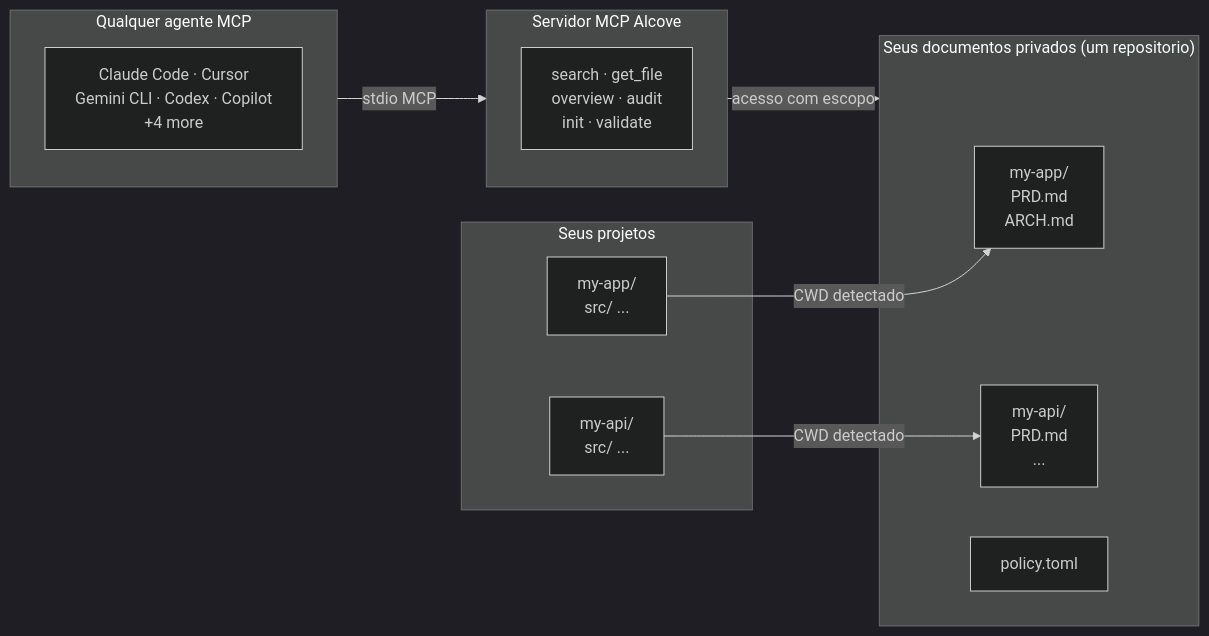
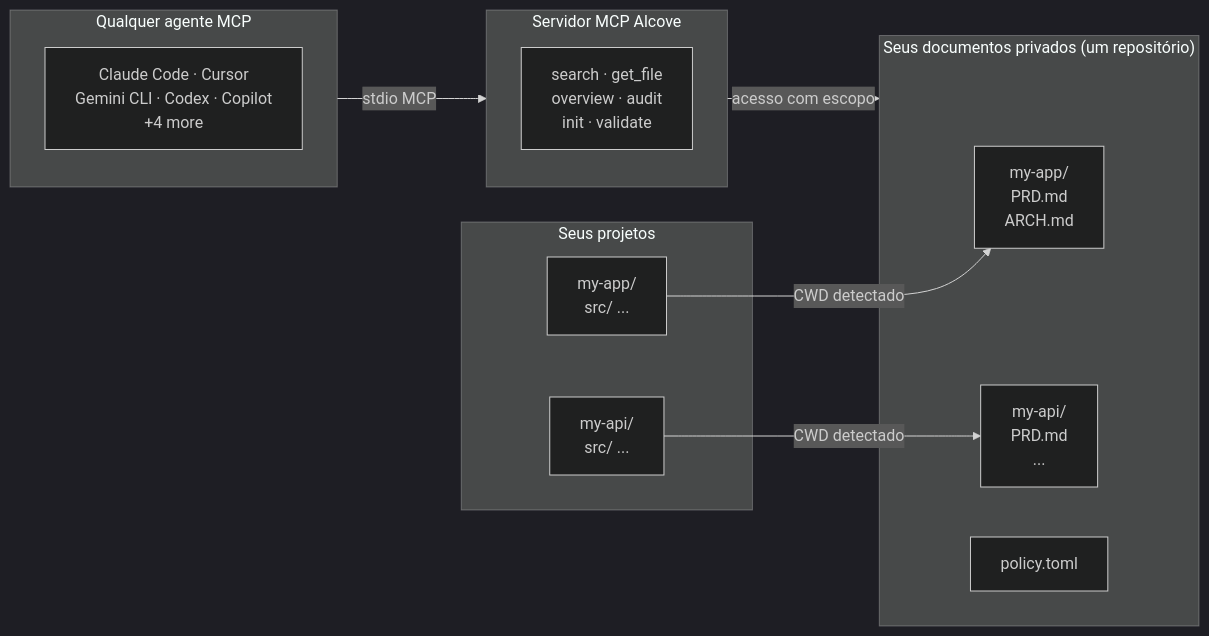
One commit to redxzeta/Icecove changed the diagram in docs/README.pt-BR.md. Above: the diagram before and after it, drawn with Mermaid (dark theme). The commit also changed other lines of this file and 2 other files, not shown here.

````diff
--- a/docs/README.pt-BR.md
+++ b/docs/README.pt-BR.md
@@ -112,26 +112,26 @@
 ```mermaid
 flowchart LR
     subgraph Projects["Seus projetos"]
         A1["my-app/\n  src/ ..."]
         A2["my-api/\n  src/ ..."]
     end
 
-    subgraph Docs["Seus documentos privados (um repositorio)"]
+    subgraph Docs["Seus documentos privados (um repositório)"]
         D1["my-app/\n  PRD.md\n  ARCH.md"]
         D2["my-api/\n  PRD.md\n  ..."]
         P1["policy.toml"]
     end
 
     subgraph Agents["Qualquer agente MCP"]
         AG["Claude Code · Cursor\nGemini CLI · Codex · Copilot\n+4 more"]
     end
 
     subgraph MCP["Servidor MCP Alcove"]
         T["search · get_file\noverview · audit\ninit · validate"]
     end
 
     A1 -- "CWD detectado" --> D1
     A2 -- "CWD detectado" --> D2
     Agents -- "stdio MCP" --> MCP
     MCP -- "acesso com escopo" --> Docs
 ```
````
